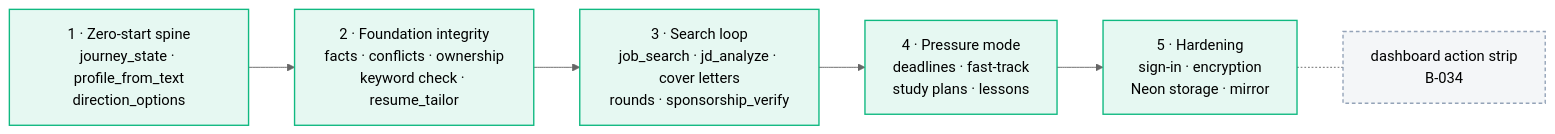
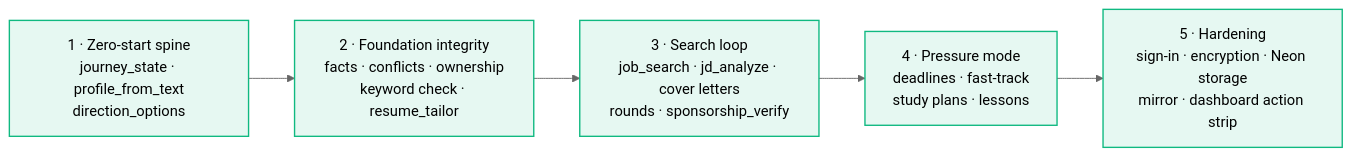
Before and after one commit to TusharSamantaray/career-copilot-mcp: the diagram in docs/SPEC.md, drawn with Mermaid (neutral theme). The commit also changed other lines of this file and 7 other files, not shown here.

First line of the commit message:
feat: dashboard action strip

````diff
--- a/docs/SPEC.md
+++ b/docs/SPEC.md
@@ -121,15 +122,12 @@
 ```mermaid
 flowchart LR
   classDef built fill:#10B9811A,stroke:#10B981,stroke-width:1.5px
-  classDef pending fill:#94A3B81A,stroke:#94A3B8,stroke-width:1.5px,stroke-dasharray:4 3
 
   s1["1 · Zero-start spine<br/>journey_state · profile_from_text<br/>direction_options"]:::built
   s2["2 · Foundation integrity<br/>facts · conflicts · ownership<br/>keyword check · resume_tailor"]:::built
   s3["3 · Search loop<br/>job_search · jd_analyze · cover letters<br/>rounds · sponsorship_verify"]:::built
   s4["4 · Pressure mode<br/>deadlines · fast-track<br/>study plans · lessons"]:::built
-  s5["5 · Hardening<br/>sign-in · encryption<br/>Neon storage · mirror"]:::built
-  s5o["dashboard action strip<br/>B-034"]:::pending
+  s5["5 · Hardening<br/>sign-in · encryption · Neon storage<br/>mirror · dashboard action strip"]:::built
 
   s1 --> s2 --> s3 --> s4 --> s5
-  s5 -.- s5o
 ```
````
